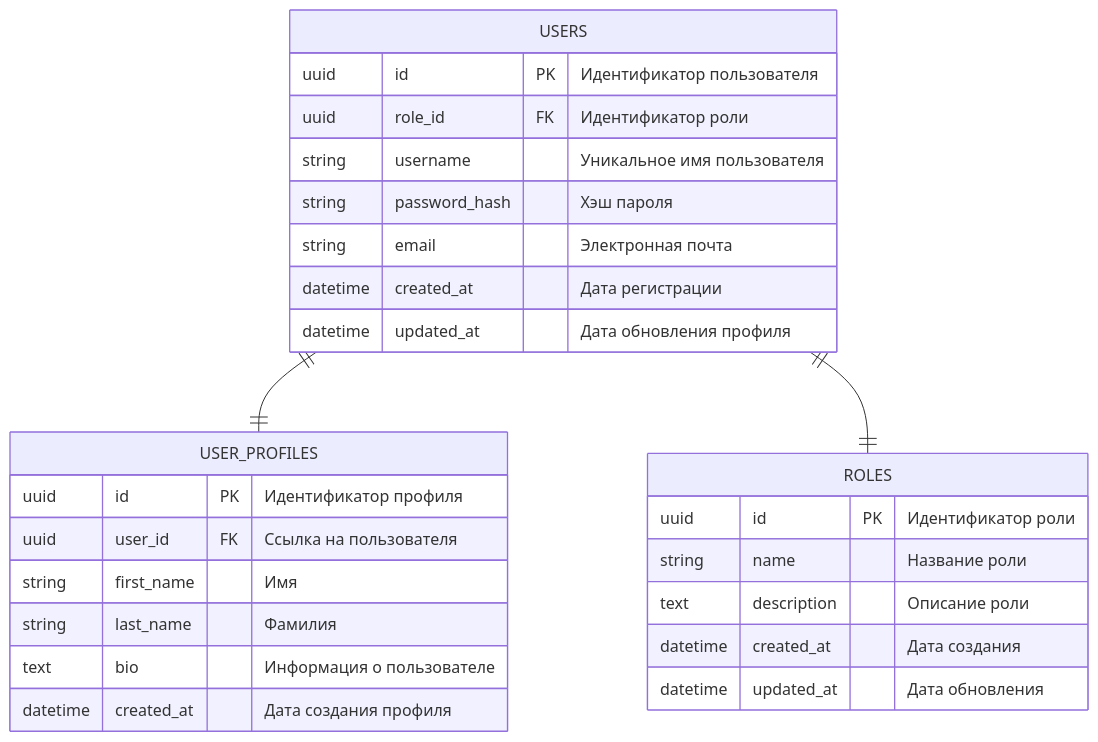
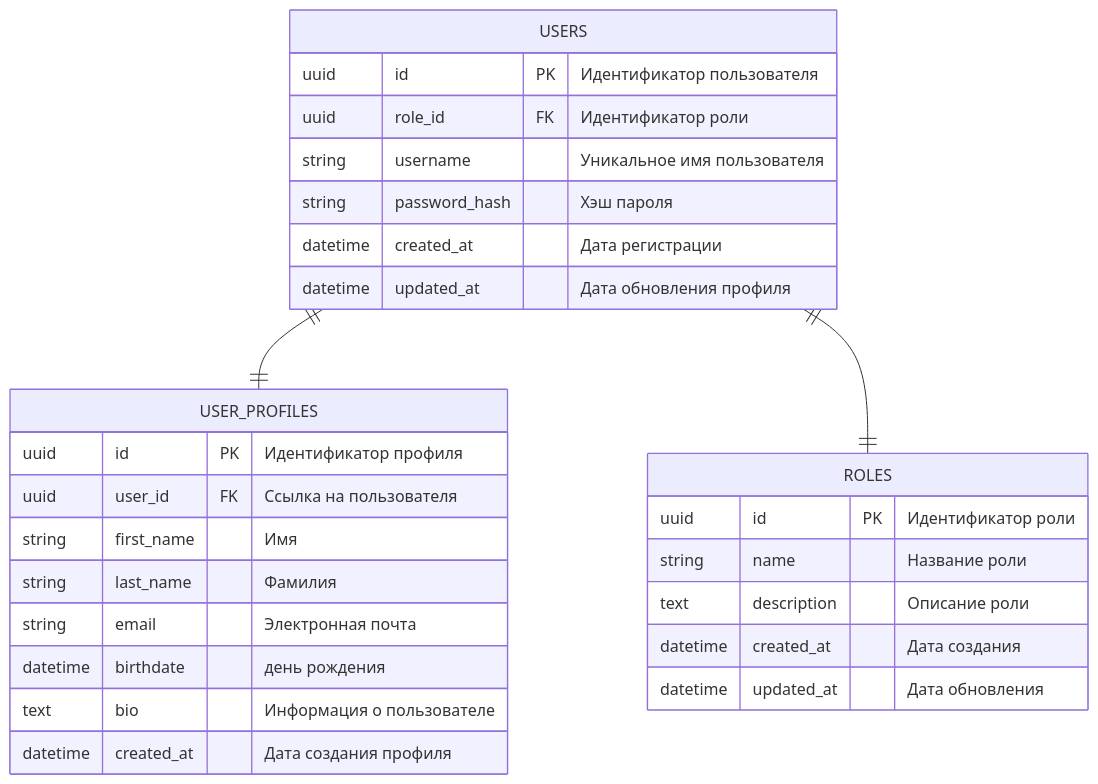
Before and after one commit to garaevmir/NanoServices: the first of 3 diagrams in doc/README.md, drawn with Mermaid. The commit also changed other lines of this file and 8 other files, not shown here.

````diff
--- a/doc/README.md
+++ b/doc/README.md
@@ -15,33 +15,34 @@
 ```mermaid
 erDiagram
     USERS {
         uuid id PK "Идентификатор пользователя"
         uuid role_id FK "Идентификатор роли"
         string username "Уникальное имя пользователя"
         string password_hash "Хэш пароля"
-        string email "Электронная почта"
         datetime created_at "Дата регистрации"
         datetime updated_at "Дата обновления профиля"
     }
 
     ROLES {
         uuid id PK "Идентификатор роли"
         string name "Название роли"
         text description "Описание роли"
         datetime created_at "Дата создания"
         datetime updated_at "Дата обновления"
     }
 
     USER_PROFILES {
         uuid id PK "Идентификатор профиля"
         uuid user_id FK "Ссылка на пользователя"
         string first_name "Имя"
         string last_name "Фамилия"
+        string email "Электронная почта"
+        datetime birthdate "день рождения"
         text bio "Информация о пользователе"
         datetime created_at "Дата создания профиля"
     }
 
     USERS ||--|| USER_PROFILES : ""
 
     USERS ||--|| ROLES : ""
 ```
````
